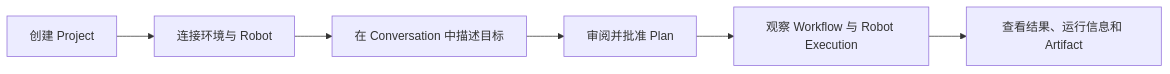
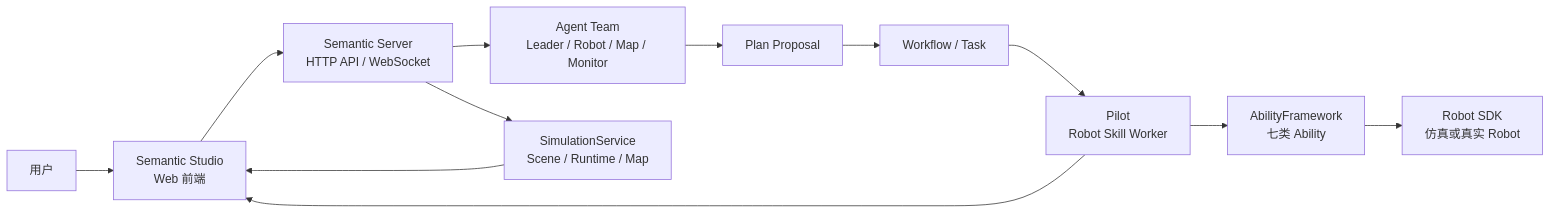
One commit to UltimateJob/semantic-docs changed the diagram in docs/user/_index.md. Above: the diagram before and after it, drawn with Mermaid. The commit also changed other lines of this file and 86 other files, not shown here.

````diff
--- a/docs/user/_index.md
+++ b/docs/user/_index.md
@@ -13,8 +15,14 @@
 ```mermaid
 flowchart LR
-    A[创建 Project] --> B[连接环境与 Robot]
-    B --> C[在 Conversation 中描述目标]
-    C --> D[审阅并批准 Plan]
-    D --> E[观察 Workflow 与 Robot Execution]
-    E --> F[查看结果、运行信息和 Artifact]
+    U[用户] --> W[Semantic Studio<br/>Web 前端]
+    W --> S[Semantic Server<br/>HTTP API / WebSocket]
+    S --> A[Agent Team<br/>Leader / Robot / Map / Monitor]
+    A --> P[Plan Proposal]
+    P --> F[Workflow / Task]
+    S --> SIM[SimulationService<br/>Scene / Runtime / Map]
+    F --> R[Pilot<br/>Robot Skill Worker]
+    R --> AB[AbilityFramework<br/>七类 Ability]
+    AB --> RB[Robot SDK<br/>仿真或真实 Robot]
+    SIM --> W
+    R --> W
 ```
````
